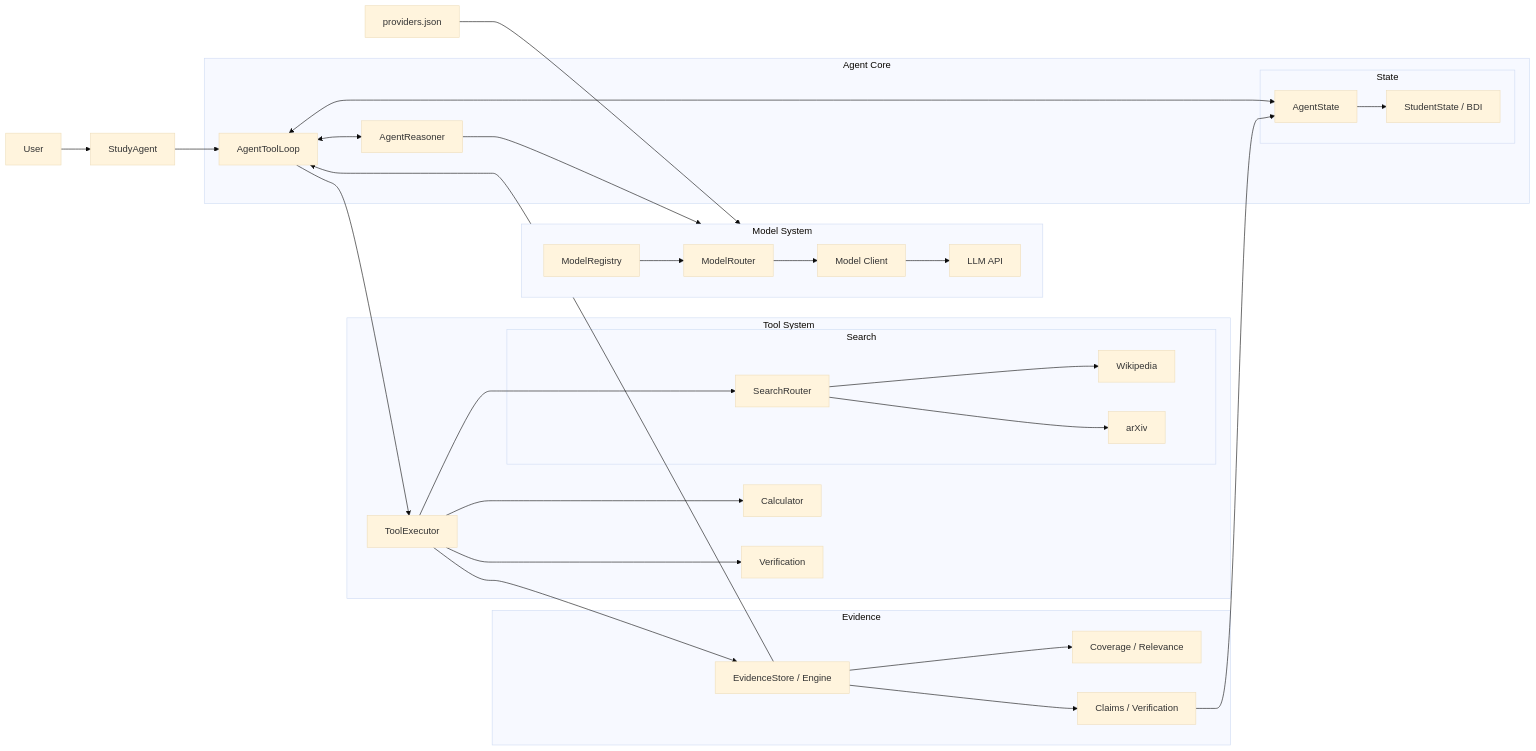
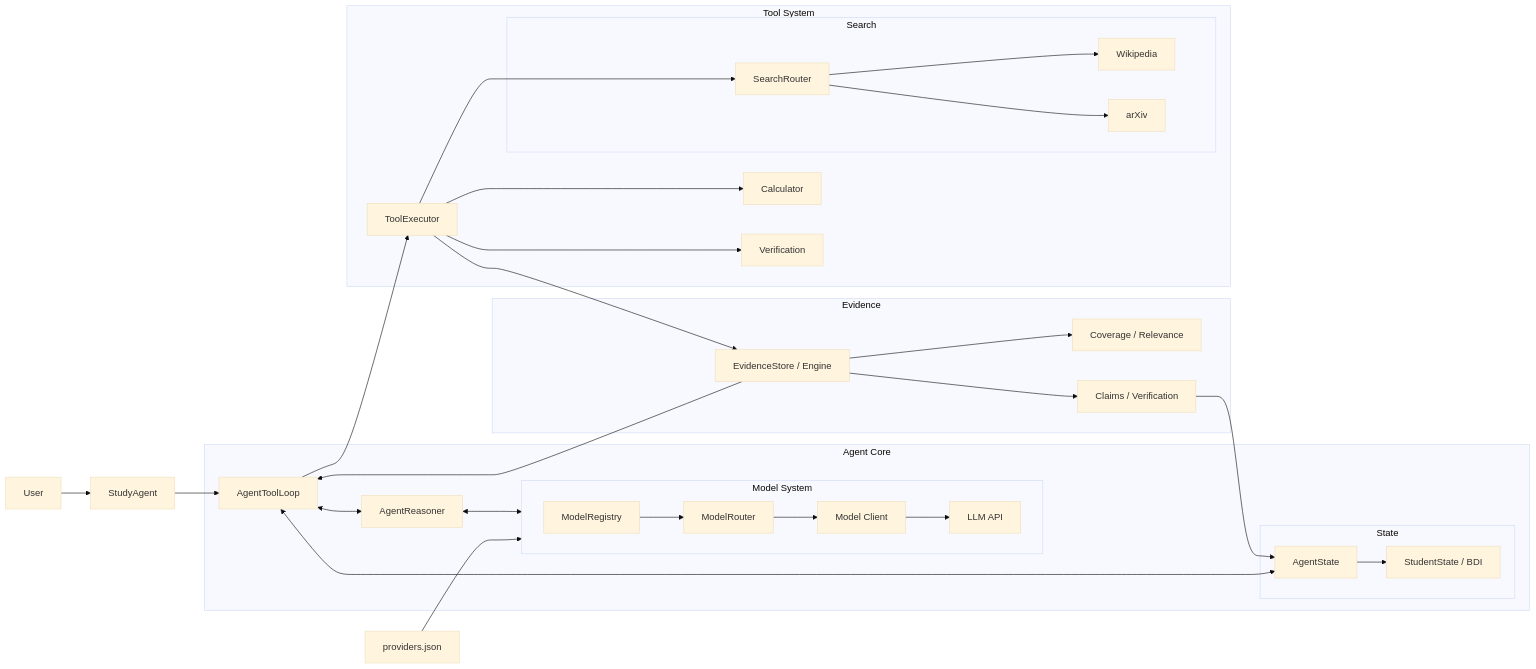
The first of 3 diagrams in README.md (Erdoschn/Study-agent), drawn with Mermaid (base theme) before and after one commit.

Commit message:
Adjust the graph in README

````diff
--- a/README.md
+++ b/README.md
@@ -3,55 +3,55 @@
 ```mermaid
 flowchart LR
 
     USER["User"] --> SA["StudyAgent"] --> LOOP["AgentToolLoop"]
 
     subgraph CORE["Agent Core"]
         LOOP <--> REASONER["AgentReasoner"]
 
         subgraph STATE["State"]
             AS["AgentState"]
             STUDENT["StudentState / BDI"]
             AS --> STUDENT
         end
 
+        subgraph MODEL["Model System"]
+            direction LR
+            REGISTRY["ModelRegistry"] --> ROUTER["ModelRouter"] --> CLIENT["Model Client"] --> LLM["LLM API"]
+        end
+
         LOOP <--> AS
     end
 
-    subgraph MODEL["Model System"]
-        direction LR
-        REGISTRY["ModelRegistry"] --> ROUTER["ModelRouter"] --> CLIENT["Model Client"] --> LLM["LLM API"]
+    subgraph EVIDENCE["Evidence"]
+        EVI["EvidenceStore / Engine"]
+        COVERAGE["Coverage / Relevance"]
+        CLAIM["Claims / Verification"]
+
+        EVI --> COVERAGE
+        EVI --> CLAIM
     end
 
     subgraph TOOLS["Tool System"]
         EXECUTOR["ToolExecutor"]
 
         subgraph SEARCH["Search"]
             SEARCH_ROUTER["SearchRouter"] --> WIKI["Wikipedia"]
             SEARCH_ROUTER --> ARXIV["arXiv"]
         end
 
         CALC["Calculator"]
         VERIFY["Verification"]
 
         EXECUTOR --> SEARCH_ROUTER
         EXECUTOR --> CALC
         EXECUTOR --> VERIFY
     end
 
-    subgraph EVIDENCE["Evidence"]
-        EVI["EvidenceStore / Engine"]
-        COVERAGE["Coverage / Relevance"]
-        CLAIM["Claims / Verification"]
-
-        EVI --> COVERAGE
-        EVI --> CLAIM
-    end
-
     CONFIG["providers.json"] --> MODEL
 
-    REASONER --> MODEL
+    REASONER <--> MODEL
     LOOP --> EXECUTOR
     EXECUTOR --> EVI
     EVI --> LOOP
     CLAIM --> AS
 ```
````
